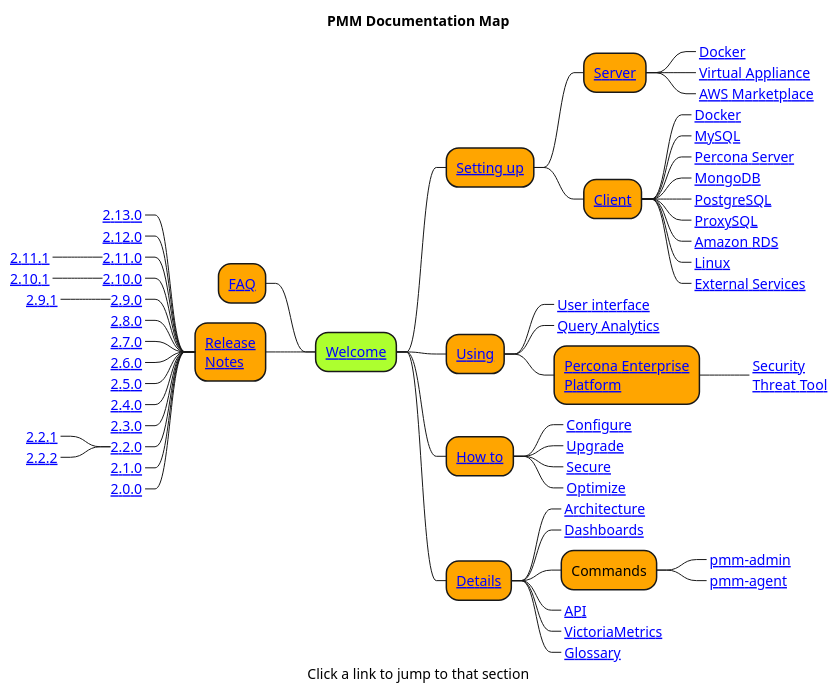
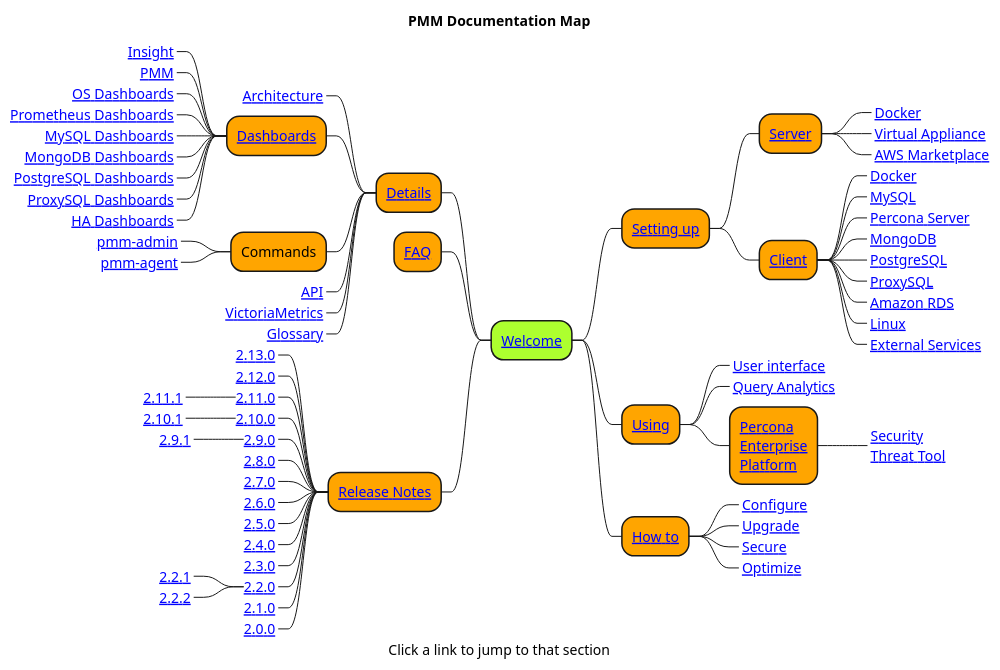
One commit to percona/pmm changed the diagram in resources/Map.puml. Above: the diagram before and after it, drawn with PlantUML. The commit also changed 1 other file, not shown here.

Commit message:
Expanded dashboards in nav map

```diff
--- a/resources/Map.puml
+++ b/resources/Map.puml
@@ -1,84 +1,95 @@
 @startmindmap "PMM_Documentation_Map"
 title PMM Documentation Map
 caption Click a link to jump to that section
 
 
 <style>
 mindmapDiagram {
   node {
     BackgroundColor Orange
   }
 }
 </style>
 
 *[#GreenYellow] [[https://www.percona.com/doc/percona-monitoring-and-management/2.x/index.html Welcome]]
 ** [[https://www.percona.com/doc/percona-monitoring-and-management/2.x/setting-up/ Setting up]]
 '*** [[https://www.percona.com/doc/percona-monitoring-and-management/2.x/setting-up/index.html Setting up: Overview]]
 *** [[https://www.percona.com/doc/percona-monitoring-and-management/2.x/setting-up/server/ Server]]
 '****_ [[https://www.percona.com/doc/percona-monitoring-and-management/2.x/setting-up/server/ Setting up PMM Server: Overview]]
 ****_ [[https://www.percona.com/doc/percona-monitoring-and-management/2.x/setting-up/server/docker.html Docker]]
 ****_ [[https://www.percona.com/doc/percona-monitoring-and-management/2.x/setting-up/server/virtual-appliance.html Virtual Appliance]]
 ****_ [[https://www.percona.com/doc/percona-monitoring-and-management/2.x/setting-up/server/aws.html AWS Marketplace]]
 *** [[https://www.percona.com/doc/percona-monitoring-and-management/2.x/setting-up/client/ Client]]
 '****_ [[https://www.percona.com/doc/percona-monitoring-and-management/2.x/setting-up/client/ Setting up PMM Clients]]
 ****_ [[https://www.percona.com/doc/percona-monitoring-and-management/2.x/setting-up/client/docker.html Docker]]
 ****_ [[https://www.percona.com/doc/percona-monitoring-and-management/2.x/setting-up/client/mysql.html MySQL]]
 ****_ [[https://www.percona.com/doc/percona-monitoring-and-management/2.x/setting-up/client/percona-server.html Percona Server]]
 ****_ [[https://www.percona.com/doc/percona-monitoring-and-management/2.x/setting-up/client/mongodb.html MongoDB]]
 ****_ [[https://www.percona.com/doc/percona-monitoring-and-management/2.x/setting-up/client/postgresql.html PostgreSQL]]
 ****_ [[https://www.percona.com/doc/percona-monitoring-and-management/2.x/setting-up/client/proxysql.html ProxySQL]]
 ****_ [[https://www.percona.com/doc/percona-monitoring-and-management/2.x/setting-up/client/aws.html Amazon RDS]]
 ****_ [[https://www.percona.com/doc/percona-monitoring-and-management/2.x/setting-up/client/linux.html Linux]]
 ****_ [[https://www.percona.com/doc/percona-monitoring-and-management/2.x/setting-up/client/external.html External Services]]
 
 ** [[https://www.percona.com/doc/percona-monitoring-and-management/2.x/using/ Using]]
 '***_ [[https://www.percona.com/doc/percona-monitoring-and-management/2.x/using/ Using: Overview]]
 ***_ [[https://www.percona.com/doc/percona-monitoring-and-management/2.x/using/interface.html User interface]]
 ***_ [[https://www.percona.com/doc/percona-monitoring-and-management/2.x/using/query-analytics.html Query Analytics]]
-*** [[https://www.percona.com/doc/percona-monitoring-and-management/2.x/using/platform/ Percona Enterprise\nPlatform]]
+*** [[https://www.percona.com/doc/percona-monitoring-and-management/2.x/using/platform/ Percona\nEnterprise\nPlatform]]
 '***_ [[https://www.percona.com/doc/percona-monitoring-and-management/2.x/using/platform/ About Percona Enterprise Platform]]
 ****_ [[https://www.percona.com/doc/percona-monitoring-and-management/2.x/using/platform/security-threat-tool.html Security\nThreat Tool]]
 
 ** [[https://www.percona.com/doc/percona-monitoring-and-management/2.x/how-to/ How to]]
 '***_ [[https://www.percona.com/doc/percona-monitoring-and-management/2.x/how-to/ How to: Overview]]
 ***_ [[https://www.percona.com/doc/percona-monitoring-and-management/2.x/how-to/configure.html Configure]]
 ***_ [[https://www.percona.com/doc/percona-monitoring-and-management/2.x/how-to/upgrade.html Upgrade]]
 ***_ [[https://www.percona.com/doc/percona-monitoring-and-management/2.x/how-to/secure.html Secure]]
 ***_ [[https://www.percona.com/doc/percona-monitoring-and-management/2.x/how-to/optimize.html Optimize]]
 
+left side
+
+
 ** [[https://www.percona.com/doc/percona-monitoring-and-management/2.x/details/ Details]]
 '***_ [[https://www.percona.com/doc/percona-monitoring-and-management/2.x/details/ Details: Overview]]
 ***_ [[https://www.percona.com/doc/percona-monitoring-and-management/2.x/details/architecture.html Architecture]]
-***_ [[https://www.percona.com/doc/percona-monitoring-and-management/2.x/details/dashboards/ Dashboards]]
+*** [[https://www.percona.com/doc/percona-monitoring-and-management/2.x/details/dashboards/ Dashboards]]
+****_ [[https://www.percona.com/doc/percona-monitoring-and-management/2.x/details/dashboards/index.html#insight Insight]]
+****_ [[https://www.percona.com/doc/percona-monitoring-and-management/2.x/details/dashboards/index.html#pmm PMM]]
+****_ [[https://www.percona.com/doc/percona-monitoring-and-management/2.x/details/dashboards/index.html#os-dashboards OS Dashboards]]
+****_ [[https://www.percona.com/doc/percona-monitoring-and-management/2.x/details/dashboards/index.html#prometheus-dashboards Prometheus Dashboards]]
+****_ [[https://www.percona.com/doc/percona-monitoring-and-management/2.x/details/dashboards/index.html#mysql-dashboards MySQL Dashboards]]
+****_ [[https://www.percona.com/doc/percona-monitoring-and-management/2.x/details/dashboards/index.html#mongodb-dashboards MongoDB Dashboards]]
+****_ [[https://www.percona.com/doc/percona-monitoring-and-management/2.x/details/dashboards/index.html#postgresql-dashboards PostgreSQL Dashboards]]
+****_ [[https://www.percona.com/doc/percona-monitoring-and-management/2.x/details/dashboards/index.html#proxysql-dashboards ProxySQL Dashboards]]
+****_ [[https://www.percona.com/doc/percona-monitoring-and-management/2.x/details/dashboards/index.html#ha-dashboards HA Dashboards]]
+
 *** Commands
 ****_ [[https://www.percona.com/doc/percona-monitoring-and-management/2.x/details/commands/pmm-admin.html pmm-admin]]
 ****_ [[https://www.percona.com/doc/percona-monitoring-and-management/2.x/details/commands/pmm-agent.html pmm-agent]]
 ***_ [[https://www.percona.com/doc/percona-monitoring-and-management/2.x/details/api.html API]]
 ***_ [[https://www.percona.com/doc/percona-monitoring-and-management/2.x/details/victoria-metrics.html VictoriaMetrics]]
 ***_ [[https://www.percona.com/doc/percona-monitoring-and-management/2.x/details/glossary.html Glossary]]
 
-left side
-
 ** [[https://www.percona.com/doc/percona-monitoring-and-management/2.x/faq.html FAQ]]
 
-** [[https://www.percona.com/doc/percona-monitoring-and-management/2.x/release-notes/ Release\nNotes]]
+** [[https://www.percona.com/doc/percona-monitoring-and-management/2.x/release-notes/ Release Notes]]
 ***_ [[https://www.percona.com/doc/percona-monitoring-and-management/2.x/release-notes/2.13.0.html 2.13.0]]
 ***_ [[https://www.percona.com/doc/percona-monitoring-and-management/2.x/release-notes/2.12.0.html 2.12.0]]
 ***_ [[https://www.percona.com/doc/percona-monitoring-and-management/2.x/release-notes/2.11.0.html 2.11.0]]
 ****_ [[https://www.percona.com/doc/percona-monitoring-and-management/2.x/release-notes/2.11.1.html 2.11.1]]
 ***_ [[https://www.percona.com/doc/percona-monitoring-and-management/2.x/release-notes/2.10.0.html 2.10.0]]
 ****_ [[https://www.percona.com/doc/percona-monitoring-and-management/2.x/release-notes/2.10.1.html 2.10.1]]
 ***_ [[https://www.percona.com/doc/percona-monitoring-and-management/2.x/release-notes/2.9.0.html 2.9.0]]
 ****_ [[https://www.percona.com/doc/percona-monitoring-and-management/2.x/release-notes/2.9.1.html 2.9.1]]
 ***_ [[https://www.percona.com/doc/percona-monitoring-and-management/2.x/release-notes/2.8.0.html 2.8.0]]
 ***_ [[https://www.percona.com/doc/percona-monitoring-and-management/2.x/release-notes/2.7.0.html 2.7.0]]
 ***_ [[https://www.percona.com/doc/percona-monitoring-and-management/2.x/release-notes/2.6.0.html 2.6.0]]
 ***_ [[https://www.percona.com/doc/percona-monitoring-and-management/2.x/release-notes/2.5.0.html 2.5.0]]
 ***_ [[https://www.percona.com/doc/percona-monitoring-and-management/2.x/release-notes/2.4.0.html 2.4.0]]
 ***_ [[https://www.percona.com/doc/percona-monitoring-and-management/2.x/release-notes/2.3.0.html 2.3.0]]
 ***_ [[https://www.percona.com/doc/percona-monitoring-and-management/2.x/release-notes/2.2.0.html 2.2.0]]
 ****_ [[https://www.percona.com/doc/percona-monitoring-and-management/2.x/release-notes/2.2.1.html 2.2.1]]
 ****_ [[https://www.percona.com/doc/percona-monitoring-and-management/2.x/release-notes/2.2.2.html 2.2.2]]
 ***_ [[https://www.percona.com/doc/percona-monitoring-and-management/2.x/release-notes/2.1.0.html 2.1.0]]
 ***_ [[https://www.percona.com/doc/percona-monitoring-and-management/2.x/release-notes/2.0.0.html 2.0.0]]
 @endmindmap
```
